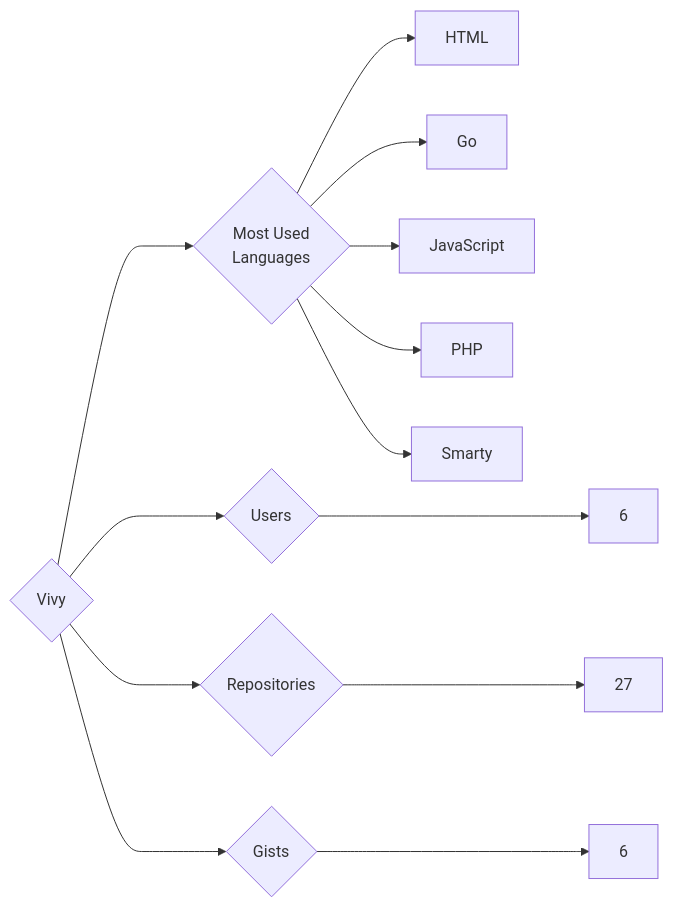
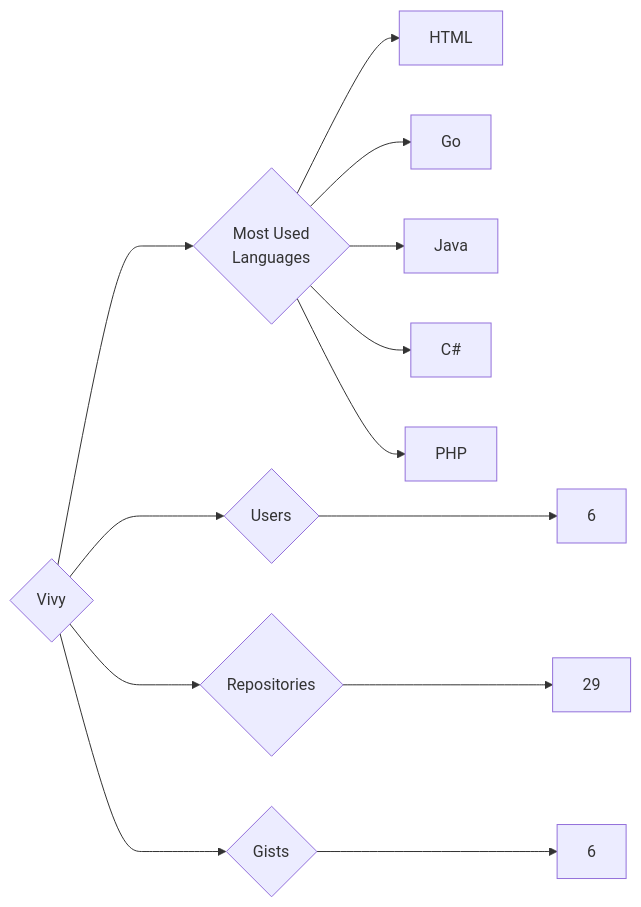
One commit to trickest/insiders changed the diagram in targets/Vivy/README.md. Above: the diagram before and after it, drawn with Mermaid. The commit also changed 903 other files, not shown here.

````diff
--- a/targets/Vivy/README.md
+++ b/targets/Vivy/README.md
@@ -3,13 +3,13 @@
 ```mermaid
 graph LR
 COMPANY_NAME{Vivy}
 COMPANY_NAME ---> U{Users} ---> UN[6]
-COMPANY_NAME ---> R{Repositories} ---> RN[27]
+COMPANY_NAME ---> R{Repositories} ---> RN[29]
 COMPANY_NAME ---> G{Gists} ---> GN[6]
 COMPANY_NAME ---> ML{Most Used<br>Languages}
 ML --> HTML[HTML]
 ML --> Go[Go]
-ML --> JavaScript[JavaScript]
+ML --> Java[Java]
+ML --> C#[C#]
 ML --> PHP[PHP]
-ML --> Smarty[Smarty]
 ```
````
